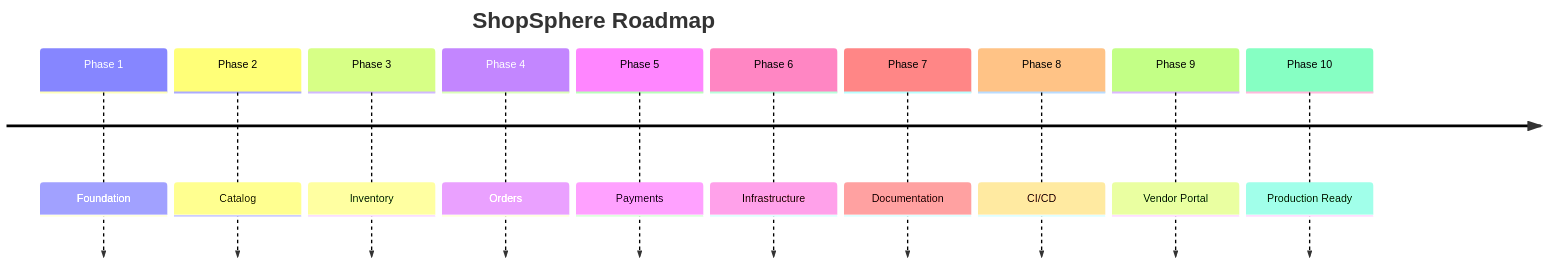
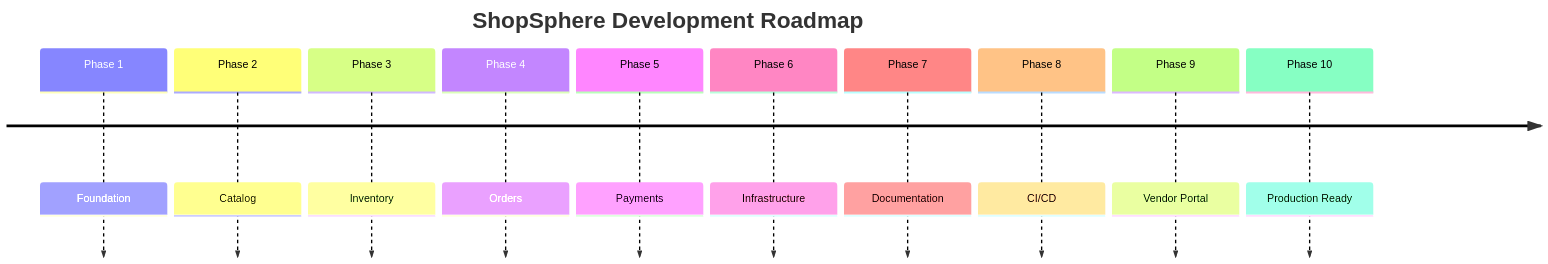
One commit to chintanchhapgar/ShopSphere changed the first of 2 diagrams in docs/roadmap.md. Above: the diagram before and after it, drawn with Mermaid. The commit also changed other lines of this file, not shown here.

First line of the commit message:
Revise roadmap structure and update project status

````diff
--- a/docs/roadmap.md
+++ b/docs/roadmap.md
@@ -15,25 +38,14 @@
 ```mermaid
 timeline
-
-title ShopSphere Roadmap
-
-Phase 1 : Foundation
-
-Phase 2 : Catalog
-
-Phase 3 : Inventory
-
-Phase 4 : Orders
-
-Phase 5 : Payments
-
-Phase 6 : Infrastructure
-
-Phase 7 : Documentation
-
-Phase 8 : CI/CD
-
-Phase 9 : Vendor Portal
-
-Phase 10 : Production Ready
+    title ShopSphere Development Roadmap
+    Phase 1 : Foundation
+    Phase 2 : Catalog
+    Phase 3 : Inventory
+    Phase 4 : Orders
+    Phase 5 : Payments
+    Phase 6 : Infrastructure
+    Phase 7 : Documentation
+    Phase 8 : CI/CD
+    Phase 9 : Vendor Portal
+    Phase 10 : Production Ready
 ```
````
